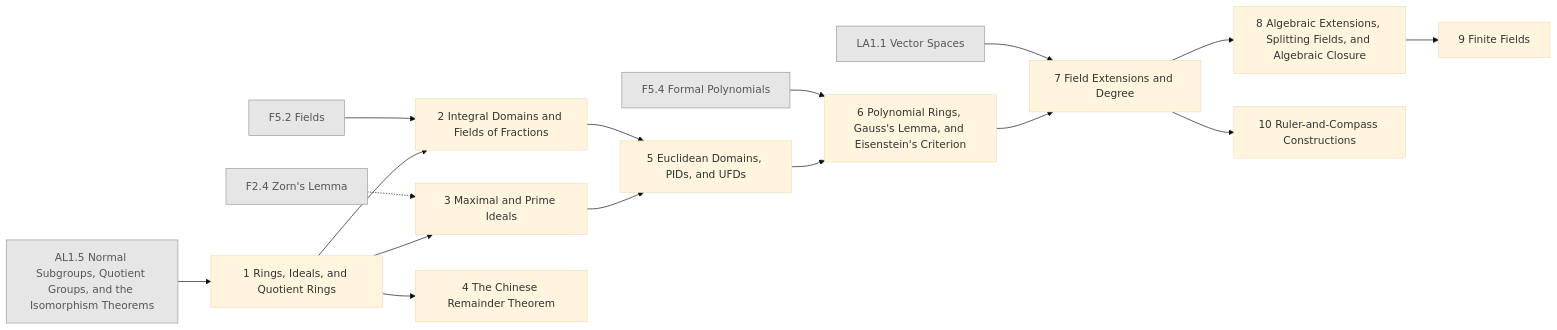
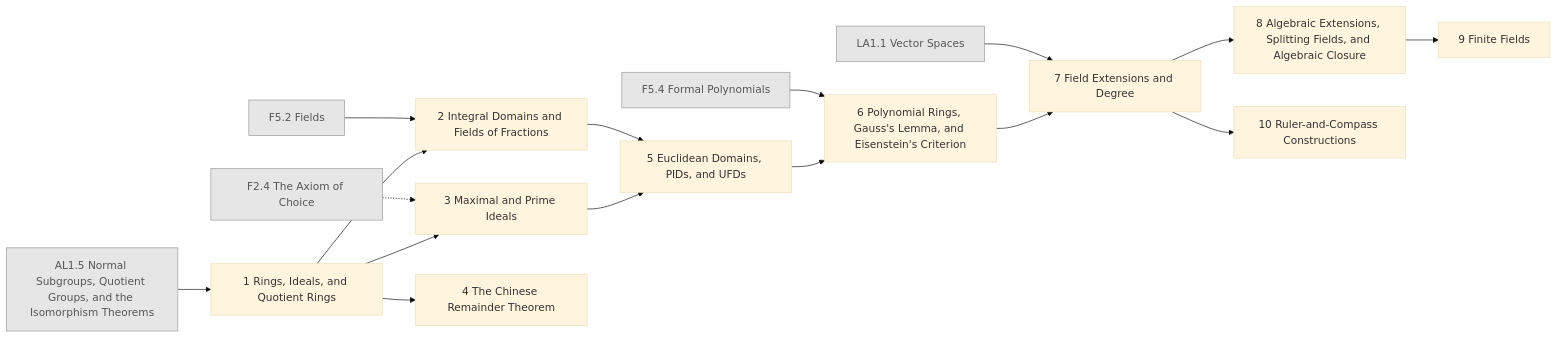
Before and after one commit to AkizumiFox/math-atlas: the diagram in generated/chapters/AL2.mmd, drawn with Mermaid (base theme). The commit also changed 17 other files, not shown here.

```diff
--- a/generated/chapters/AL2.mmd
+++ b/generated/chapters/AL2.mmd
@@ -1,34 +1,34 @@
 flowchart LR
-  F2_4["F2.4 Zorn's Lemma"]:::ext
+  F2_4["F2.4 The Axiom of Choice"]:::ext
   F5_2["F5.2 Fields"]:::ext
   F5_4["F5.4 Formal Polynomials"]:::ext
   LA1_1["LA1.1 Vector Spaces"]:::ext
   AL1_5["AL1.5 Normal Subgroups, Quotient Groups, and the Isomorphism Theorems"]:::ext
   AL2_1["1 Rings, Ideals, and Quotient Rings"]
   AL2_2["2 Integral Domains and Fields of Fractions"]
   AL2_3["3 Maximal and Prime Ideals"]
   AL2_4["4 The Chinese Remainder Theorem"]
   AL2_5["5 Euclidean Domains, PIDs, and UFDs"]
   AL2_6["6 Polynomial Rings, Gauss's Lemma, and Eisenstein's Criterion"]
   AL2_7["7 Field Extensions and Degree"]
   AL2_8["8 Algebraic Extensions, Splitting Fields, and Algebraic Closure"]
   AL2_9["9 Finite Fields"]
   AL2_10["10 Ruler-and-Compass Constructions"]
   AL1_5 --> AL2_1
   F5_2 --> AL2_2
   AL2_1 --> AL2_2
   F2_4 -.-> AL2_3
   AL2_1 --> AL2_3
   AL2_1 --> AL2_4
   AL2_2 --> AL2_5
   AL2_3 --> AL2_5
   F5_4 --> AL2_6
   AL2_5 --> AL2_6
   LA1_1 --> AL2_7
   AL2_6 --> AL2_7
   AL2_7 --> AL2_8
   AL2_8 --> AL2_9
   AL2_7 --> AL2_10
   classDef ext fill:#e6e6e6,stroke:#999,color:#555
   classDef opt fill:#fff,stroke:#999,stroke-dasharray:4 3,color:#555
   classDef segb fill:#f6f6fb,stroke:#99a,color:#333
```
